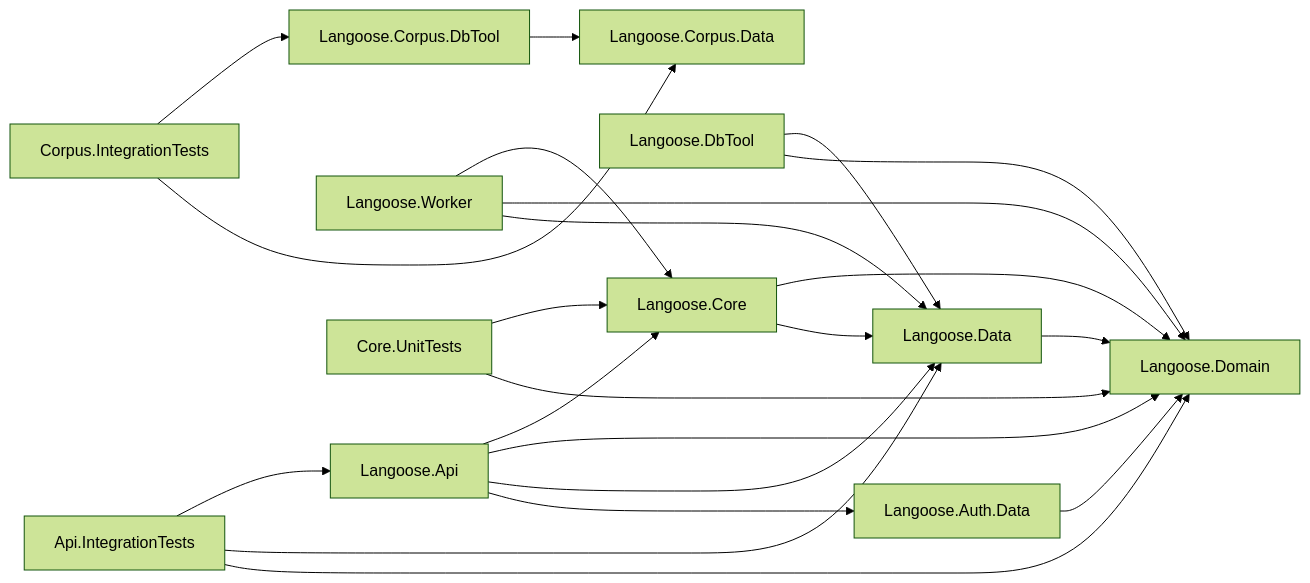
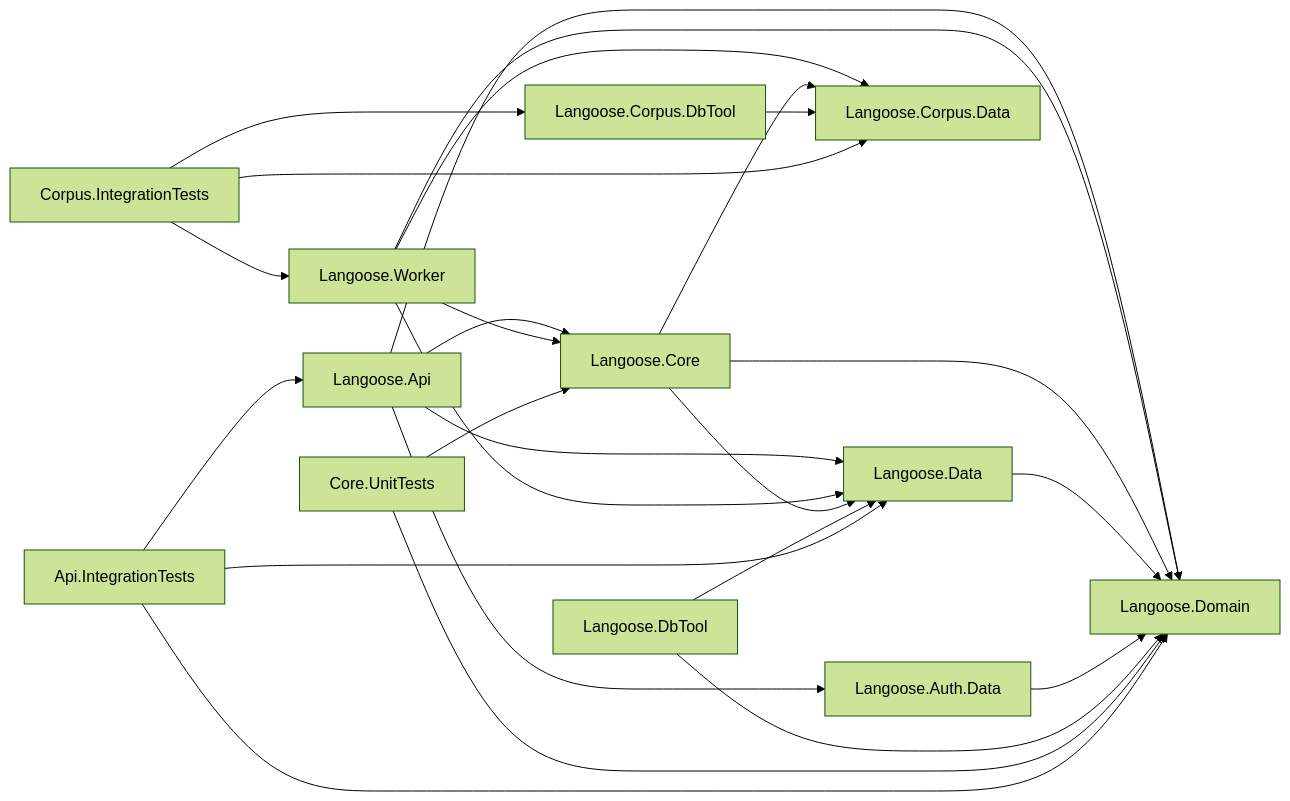
Before and after one commit to altav1sta/langoose: the diagram in docs/agent/architecture.md, drawn with Mermaid (forest theme). The commit also changed other lines of this file and 85 other files, not shown here.

````diff
--- a/docs/agent/architecture.md
+++ b/docs/agent/architecture.md
@@ -8,25 +8,28 @@
 ```mermaid
 flowchart LR
   Api["Langoose.Api"] --> Core["Langoose.Core"]
   Api --> Domain["Langoose.Domain"]
   Api --> Data["Langoose.Data"]
   Api --> AuthData["Langoose.Auth.Data"]
   Worker["Langoose.Worker"] --> Core
   Worker --> Domain
   Worker --> Data
+  Worker --> CorpusData
   Core --> Domain
   Core --> Data
+  Core --> CorpusData
   Data --> Domain
   AuthData --> Domain
   DbTool["Langoose.DbTool"] --> Data
   DbTool --> Domain
   CorpusData["Langoose.Corpus.Data"]
   CorpusDbTool["Langoose.Corpus.DbTool"] --> CorpusData
   UnitTests["Core.UnitTests"] --> Core
   UnitTests --> Domain
   IntTests["Api.IntegrationTests"] --> Api
   IntTests --> Data
   IntTests --> Domain
   CorpusIntTests["Corpus.IntegrationTests"] --> CorpusDbTool
   CorpusIntTests --> CorpusData
+  CorpusIntTests --> Worker
 ```
````
